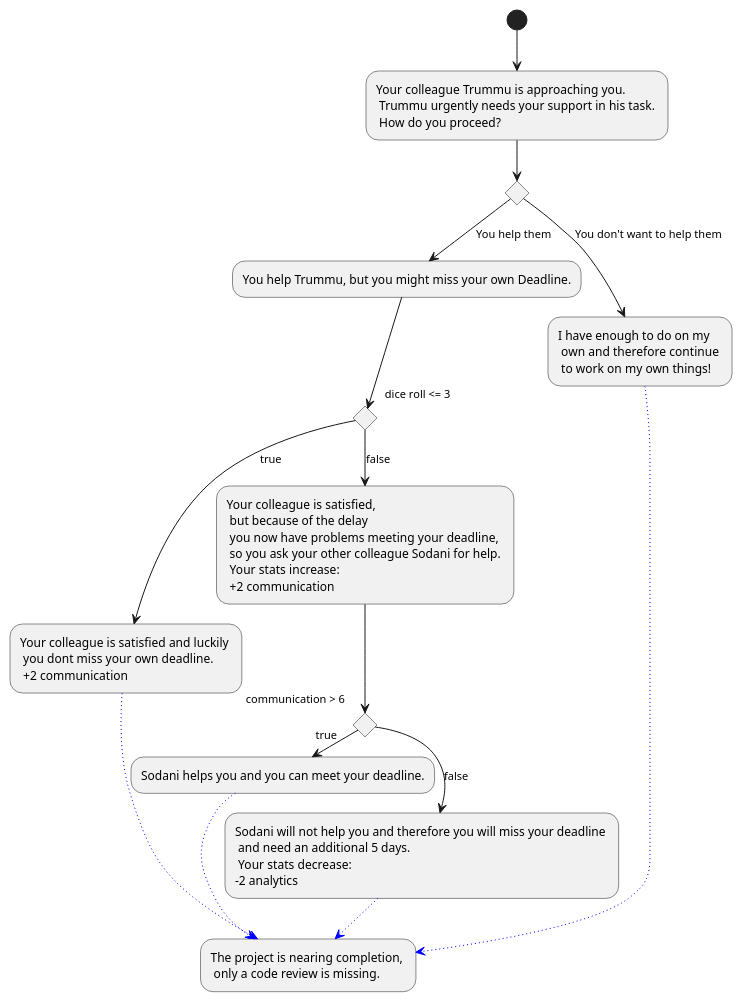
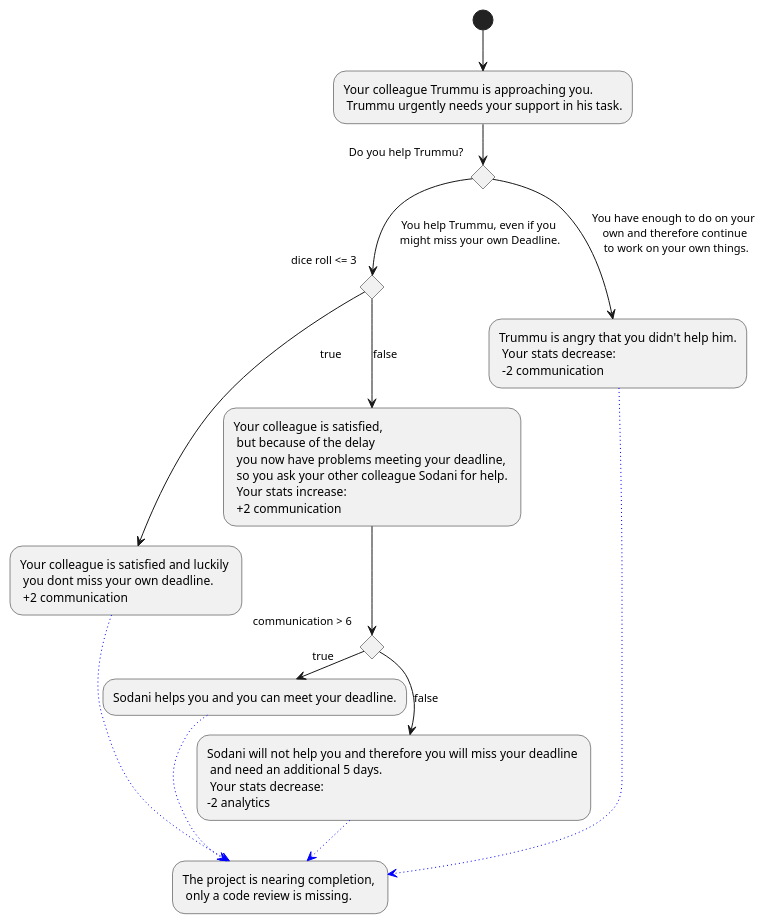
One commit to Brotenko/QualityQuest changed the diagram in Docs/Technical Specifications/docs/diagrams/StoryFlow/StoryFlow_Decision_13.puml. Above: the diagram before and after it, drawn with PlantUML. The commit also changed 14 other files, not shown here.

```diff
--- a/Docs/Technical Specifications/docs/diagrams/StoryFlow/StoryFlow_Decision_13.puml
+++ b/Docs/Technical Specifications/docs/diagrams/StoryFlow/StoryFlow_Decision_13.puml
@@ -1,22 +1,21 @@
 @startuml
-(*) --> "Your colleague Trummu is approaching you.\n Trummu urgently needs your support in his task. \n How do you proceed?"
-if "" then 
---> [You help them] "You help Trummu, but you might miss your own Deadline."
-if "dice roll <= 3" then
---> [true] "Your colleague is satisfied and luckily \n you dont miss your own deadline. \n +2 communication" as a
+(*) --> "Your colleague Trummu is approaching you.\n Trummu urgently needs your support in his task."
+if "Do you help Trummu?" then 
+--> [You help Trummu, even if you\n might miss your own Deadline.] if "dice roll <= 3" then
+--> [true] "Your colleague is satisfied and luckily \n you dont miss your own deadline. \n +2 communication" as helpNoProblem
 else
---> [false] "Your colleague is satisfied, \n but because of the delay \n you now have problems meeting your deadline, \n so you ask your other colleague Sodani for help. \n Your stats increase: \n +2 communication" as b
+--> [false] "Your colleague is satisfied, \n but because of the delay \n you now have problems meeting your deadline, \n so you ask your other colleague Sodani for help. \n Your stats increase: \n +2 communication"
 if "communication > 6" then 
--right-> [true] "Sodani helps you and you can meet your deadline." as c
+-right-> [true] "Sodani helps you and you can meet your deadline." as getHelp
 else
 --> [false] "Sodani will not help you and therefore you will miss your deadline \n and need an additional 5 days. \n Your stats decrease: \n-2 analytics"
 -[#blue,dotted]-> "The project is nearing completion, \n only a code review is missing." as ende
 endif
 endif
 else
---> [You don't want to help them] "I have enough to do on my \n own and therefore continue \n to work on my own things!" as assi
+--> [You have enough to do on your \n own and therefore continue \n to work on your own things.] "Trummu is angry that you didn't help him.\n Your stats decrease: \n -2 communication" as noHelp
 endif
-a -[#blue,dotted]-> ende
-c -[#blue,dotted]-> ende
-assi -[#blue,dotted]-> ende
+helpNoProblem -[#blue,dotted]-> ende
+getHelp -[#blue,dotted]-> ende
+noHelp -[#blue,dotted]-> ende
 @enduml
```
